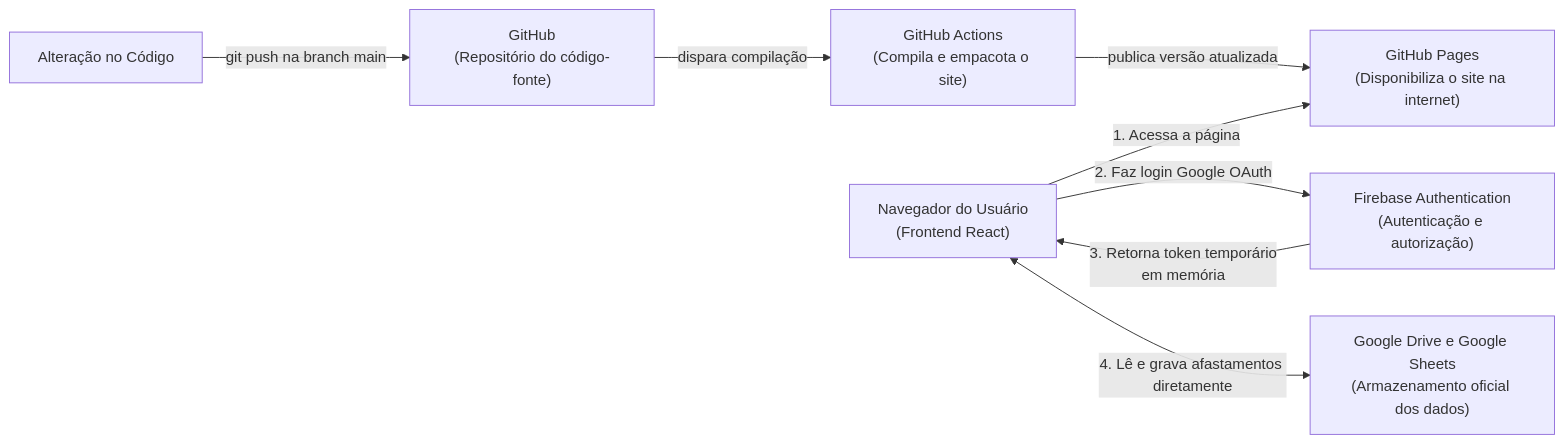
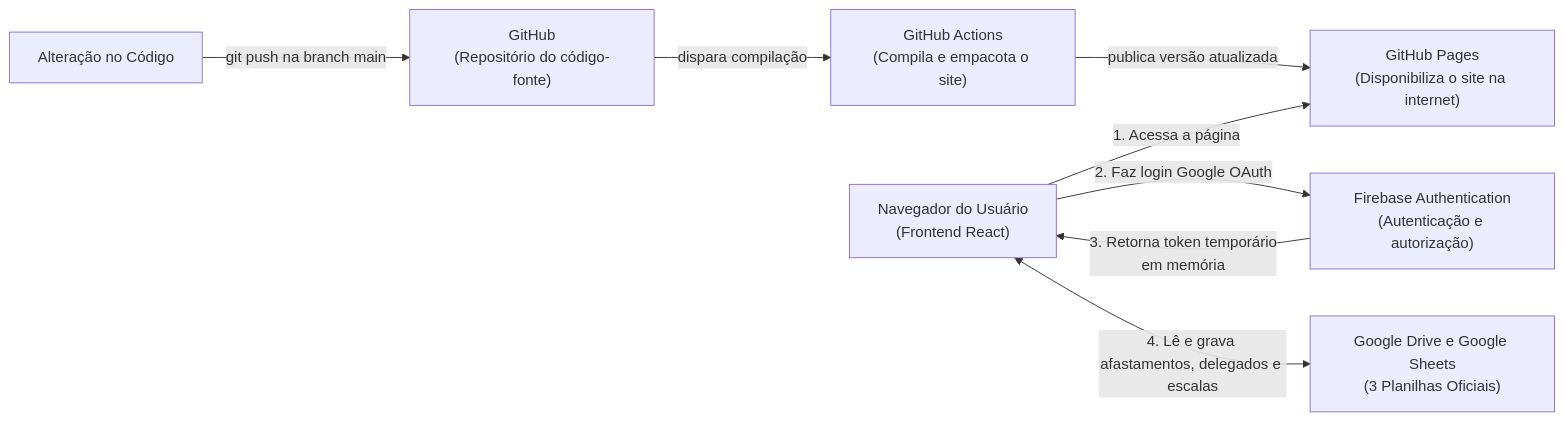
One commit to blz-Beluzzo/Gestao-de-afastamentos-cpp-joinville changed the diagram in README.md. Above: the diagram before and after it, drawn with Mermaid. The commit also changed other lines of this file and 24 other files, not shown here.

Commit message:
chore: Escalas e Afastamentos

````diff
--- a/README.md
+++ b/README.md
@@ -13,11 +13,11 @@
 ```mermaid
 flowchart LR
     Dev["Alteração no Código"] -->|git push na branch main| GH["GitHub<br/>(Repositório do código-fonte)"]
     GH -->|dispara compilação| GHA["GitHub Actions<br/>(Compila e empacota o site)"]
     GHA -->|publica versão atualizada| GHP["GitHub Pages<br/>(Disponibiliza o site na internet)"]
 
     User["Navegador do Usuário<br/>(Frontend React)"] -->|1. Acessa a página| GHP
     User -->|2. Faz login Google OAuth| FB["Firebase Authentication<br/>(Autenticação e autorização)"]
     FB -->|3. Retorna token temporário<br/>em memória| User
-    User <-->|4. Lê e grava afastamentos diretamente| GS["Google Drive e Google Sheets<br/>(Armazenamento oficial dos dados)"]
+    User <-->|4. Lê e grava afastamentos, delegados e escalas| GS["Google Drive e Google Sheets<br/>(3 Planilhas Oficiais)"]
 ```
````
